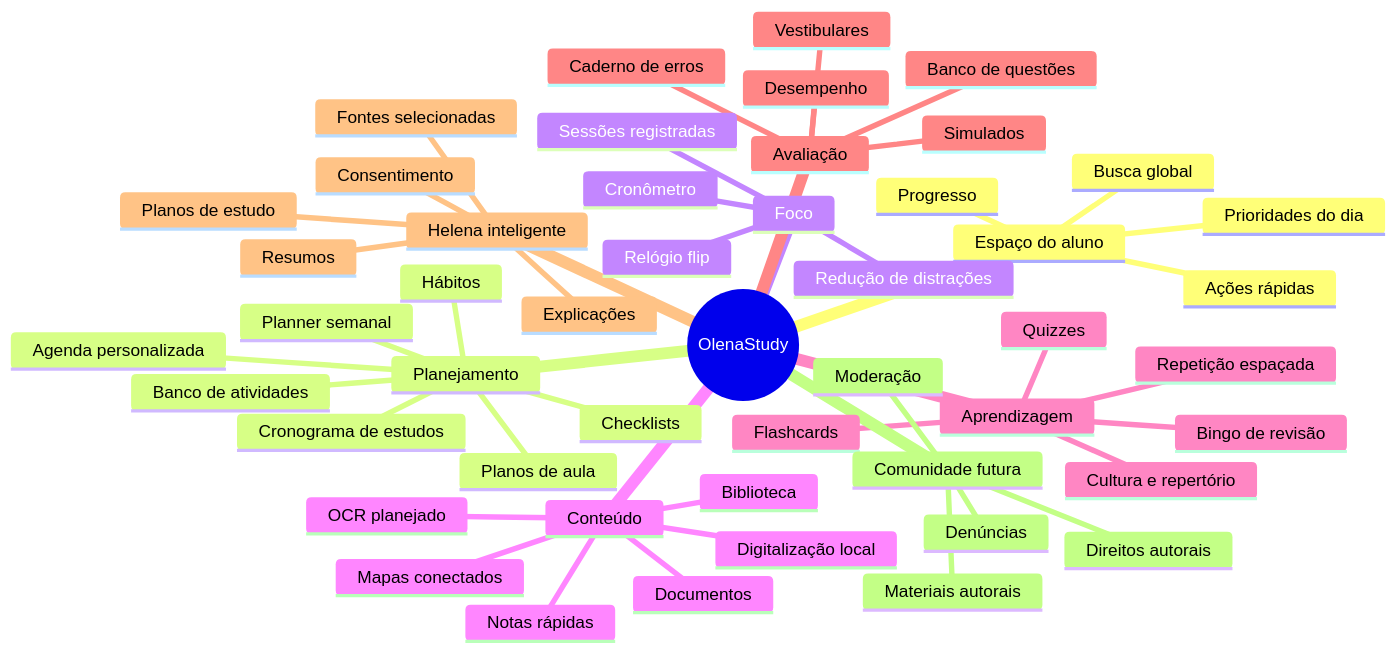
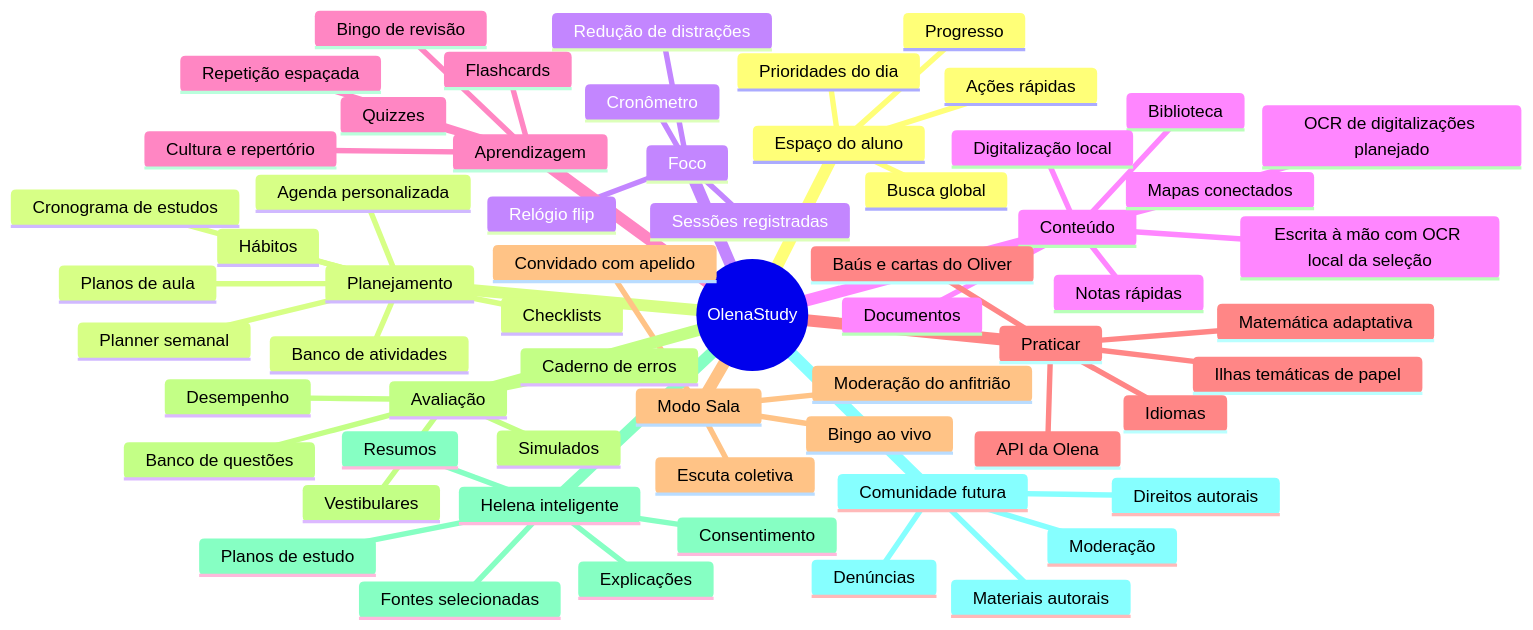
Before and after one commit to olive644/olena: the first of 2 diagrams in docs/PRODUCT_MIND_MAP.md, drawn with Mermaid. The commit also changed 12 other files, not shown here.

````diff
--- a/docs/PRODUCT_MIND_MAP.md
+++ b/docs/PRODUCT_MIND_MAP.md
@@ -6,52 +6,64 @@
 ```mermaid
 mindmap
   root((OlenaStudy))
     Espaço do aluno
       Prioridades do dia
       Progresso
       Ações rápidas
       Busca global
     Planejamento
       Agenda personalizada
       Cronograma de estudos
       Planner semanal
       Checklists
       Hábitos
       Planos de aula
       Banco de atividades
     Foco
       Cronômetro
       Relógio flip
       Sessões registradas
       Redução de distrações
     Conteúdo
       Biblioteca
       Documentos
       Notas rápidas
       Digitalização local
-      OCR planejado
+      Escrita à mão com OCR local da seleção
+      OCR de digitalizações planejado
       Mapas conectados
     Aprendizagem
       Flashcards
       Repetição espaçada
       Quizzes
       Bingo de revisão
       Cultura e repertório
+    Praticar
+      Ilhas temáticas de papel
+      Idiomas
+      Matemática adaptativa
+      Baús e cartas do Oliver
+      API da Olena
+    Modo Sala
+      Escuta coletiva
+      Bingo ao vivo
+      Moderação do anfitrião
+      Convidado com apelido
     Avaliação
       Vestibulares
       Banco de questões
       Simulados
       Caderno de erros
       Desempenho
     Helena inteligente
       Fontes selecionadas
       Resumos
       Explicações
       Planos de estudo
       Consentimento
     Comunidade futura
       Materiais autorais
       Moderação
       Denúncias
       Direitos autorais
 ```
````
